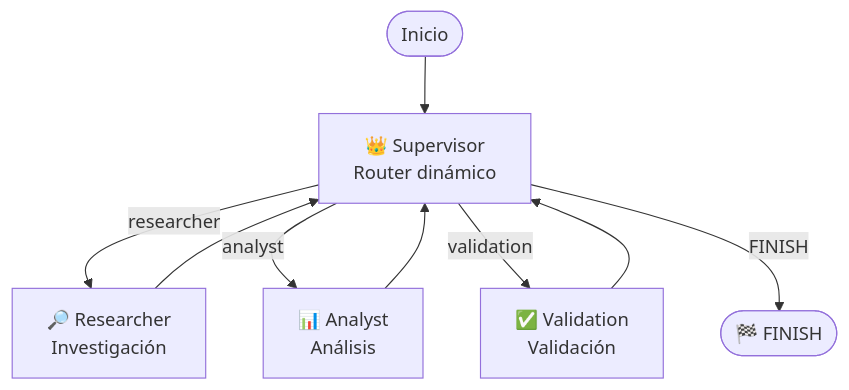
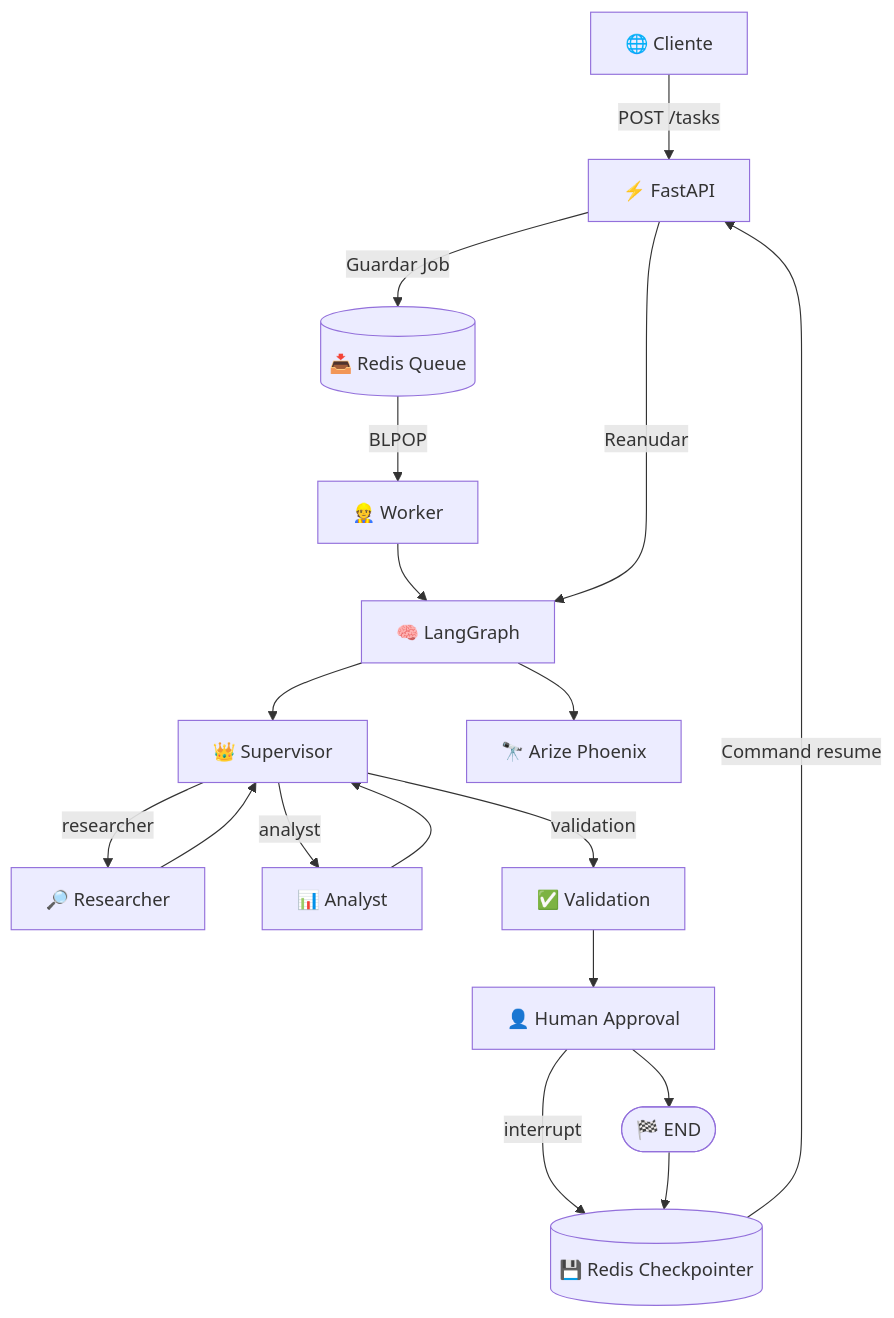
Before and after one commit to aaguuscaan/Intelligence-System-Final: the diagram in README.md, drawn with Mermaid. The commit also changed other lines of this file and 31 other files, not shown here.

Commit message:
Pre-entrega 7: sistema multi-agente asincrono con Redis y HITL

````diff
--- a/README.md
+++ b/README.md
@@ -46,26 +51,61 @@
 ```mermaid
 flowchart TD
 
-    START([Inicio])
+    CLIENT["🌐 Cliente"]
 
-    SUPERVISOR["👑 Supervisor<br/>Router dinámico"]
+    API["⚡ FastAPI"]
 
-    RESEARCHER["🔎 Researcher<br/>Investigación"]
+    REDIS_QUEUE[("📥 Redis Queue")]
 
-    ANALYST["📊 Analyst<br/>Análisis"]
+    WORKER["👷 Worker"]
 
-    VALIDATION["✅ Validation<br/>Validación"]
+    GRAPH["🧠 LangGraph"]
 
-    FINISH([🏁 FINISH])
+    SUPERVISOR["👑 Supervisor"]
 
-    START --> SUPERVISOR
+    RESEARCHER["🔎 Researcher"]
+
+    ANALYST["📊 Analyst"]
+
+    VALIDATION["✅ Validation"]
+
+    HITL["👤 Human Approval"]
+
+    CHECKPOINT[("💾 Redis Checkpointer")]
+
+    PHOENIX["🔭 Arize Phoenix"]
+
+    END(["🏁 END"])
+
+    CLIENT -->|POST /tasks| API
+
+    API -->|Guardar Job| REDIS_QUEUE
+
+    REDIS_QUEUE -->|BLPOP| WORKER
+
+    WORKER --> GRAPH
+
+    GRAPH --> SUPERVISOR
 
     SUPERVISOR -->|researcher| RESEARCHER
+    RESEARCHER --> SUPERVISOR
+
     SUPERVISOR -->|analyst| ANALYST
+    ANALYST --> SUPERVISOR
+
     SUPERVISOR -->|validation| VALIDATION
-    SUPERVISOR -->|FINISH| FINISH
 
-    RESEARCHER --> SUPERVISOR
-    ANALYST --> SUPERVISOR
-    VALIDATION --> SUPERVISOR
+    VALIDATION --> HITL
+
+    HITL -->|interrupt| CHECKPOINT
+
+    HITL --> END
+
+    CHECKPOINT -->|Command resume| API
+
+    API -->|Reanudar| GRAPH
+
+    GRAPH --> PHOENIX
+
+    END --> CHECKPOINT
 ```
````
